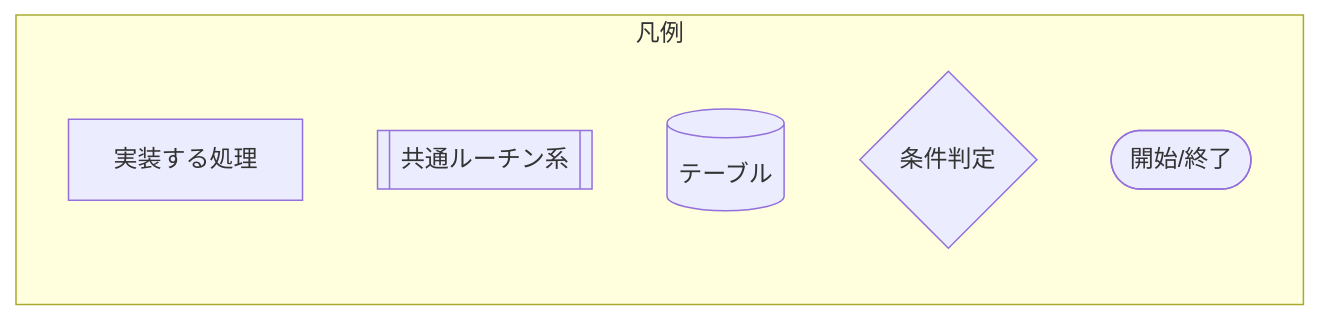
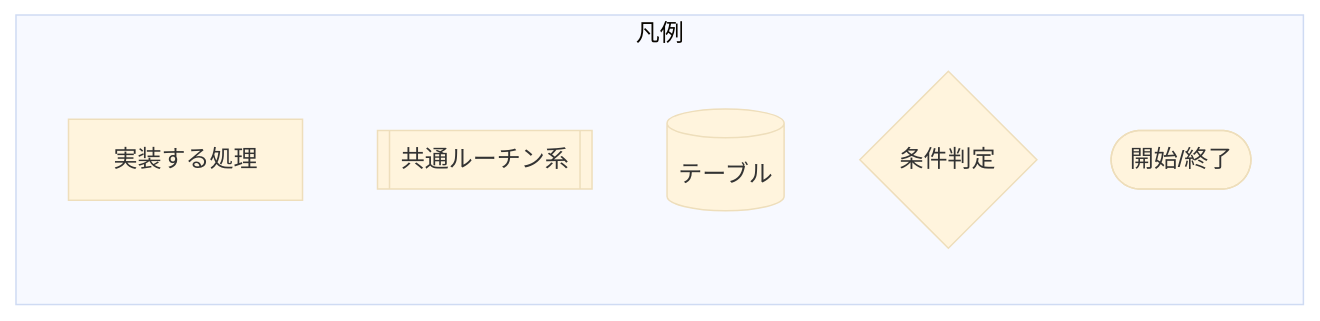
Before and after one commit to ChaosReadman/MDFILETEST: the first of 2 diagrams in API001.md, drawn with Mermaid. The commit also changed other lines of this file, not shown here.

````diff
--- a/API001.md
+++ b/API001.md
@@ -11,15 +11,11 @@
 ```mermaid
-%%{init: 
-{
-  "theme": "base",
-}
-}%%
+%%{init:{'theme':'base'}}%%
 flowchart LR
     subgraph example [凡例]
         GenericProc[実装する処理]
         Common[[共通ルーチン系]]
         Tbl[(テーブル)]
         Cond{条件判定}
         StartEnd([開始/終了])
     end
 ```
````
